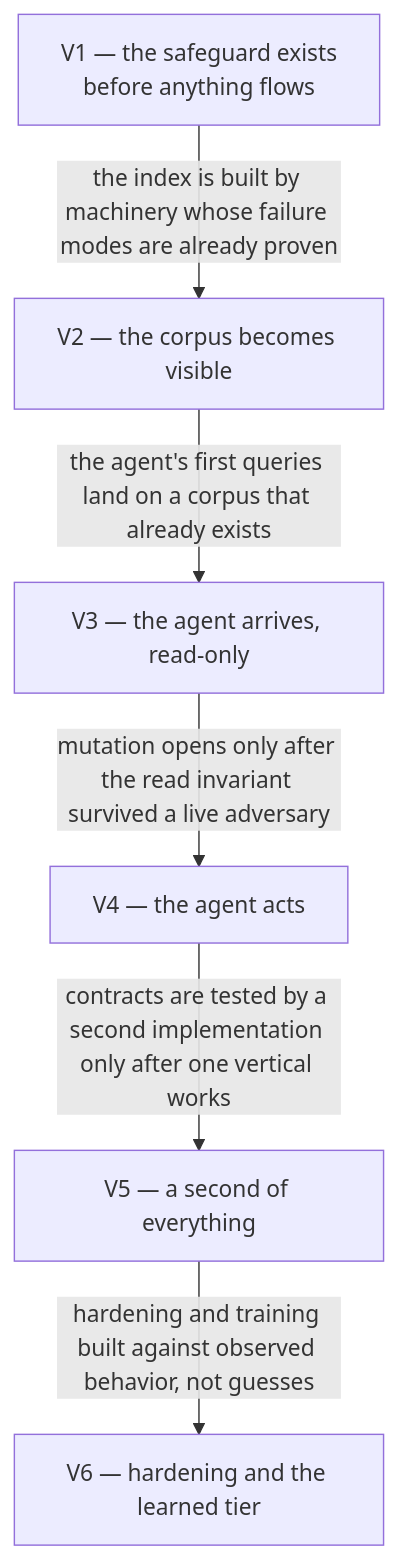
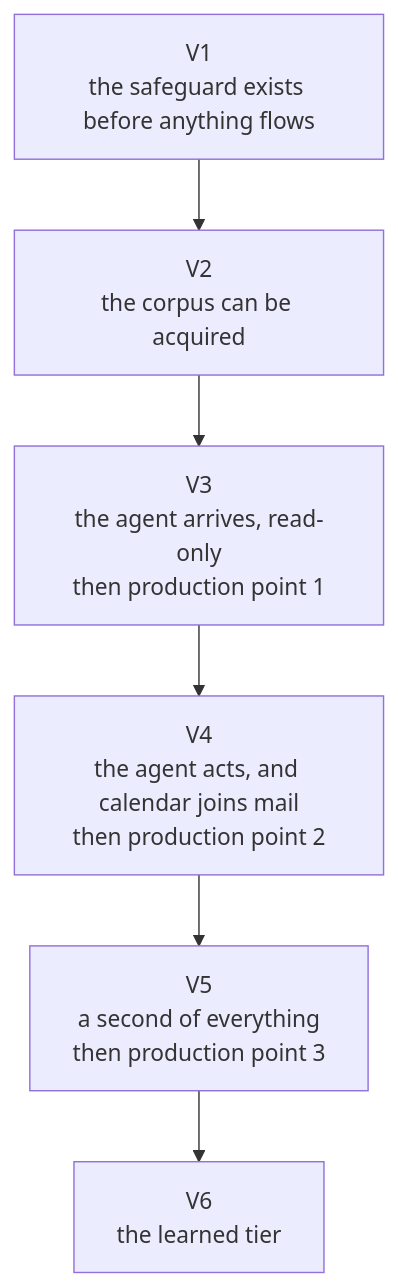
One commit to ppat/mediated-mailbox-mcp changed the first of 2 diagrams in ROADMAP.md. Above: the diagram before and after it, drawn with Mermaid. The commit also changed other lines of this file and 11 other files, not shown here.

First line of the commit message:
docs: reconcile the roadmap to finish lines, three production points, and parallel build (#65)

````diff
--- a/ROADMAP.md
+++ b/ROADMAP.md
@@ -90,14 +142,10 @@
 ```mermaid
 flowchart TB
-    V1["V1 — the safeguard exists\nbefore anything flows"]
-    V2["V2 — the corpus becomes visible"]
-    V3["V3 — the agent arrives, read-only"]
-    V4["V4 — the agent acts"]
-    V5["V5 — a second of everything"]
-    V6["V6 — hardening and the learned tier"]
-    V1 -->|"the index is built by machinery whose failure modes are already proven"| V2
-    V2 -->|"the agent's first queries land on a corpus that already exists"| V3
-    V3 -->|"mutation opens only after the read invariant survived a live adversary"| V4
-    V4 -->|"contracts are tested by a second implementation only after one vertical works"| V5
-    V5 -->|"hardening and training built against observed behavior, not guesses"| V6
+    V1["V1<br/>the safeguard exists before anything flows"]
+    V2["V2<br/>the corpus can be acquired"]
+    V3["V3<br/>the agent arrives, read-only<br/>then production point 1"]
+    V4["V4<br/>the agent acts, and calendar joins mail<br/>then production point 2"]
+    V5["V5<br/>a second of everything<br/>then production point 3"]
+    V6["V6<br/>the learned tier"]
+    V1 --> V2 --> V3 --> V4 --> V5 --> V6
 ```
````
